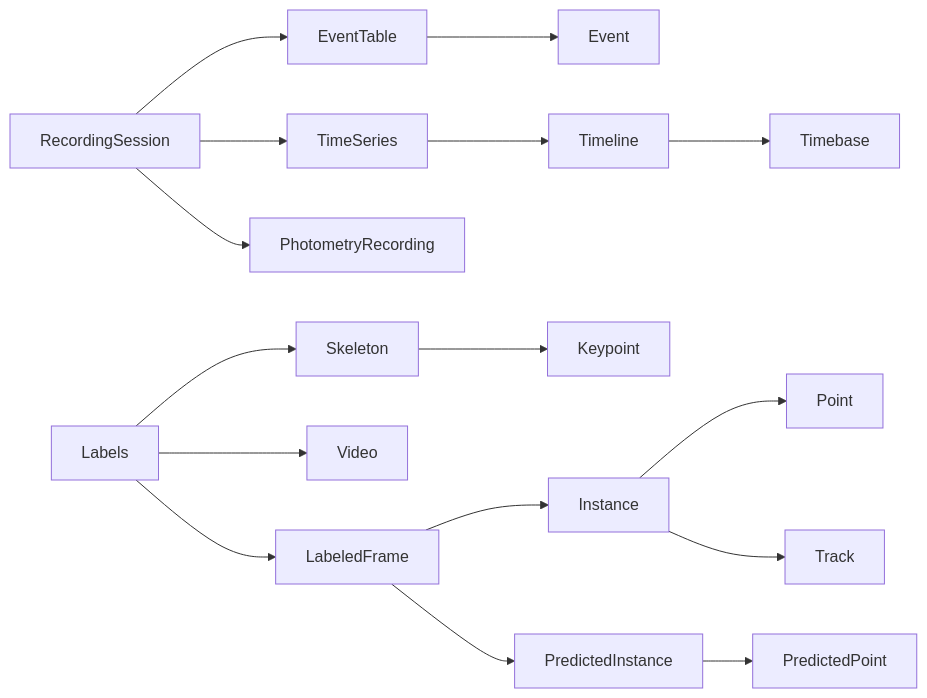
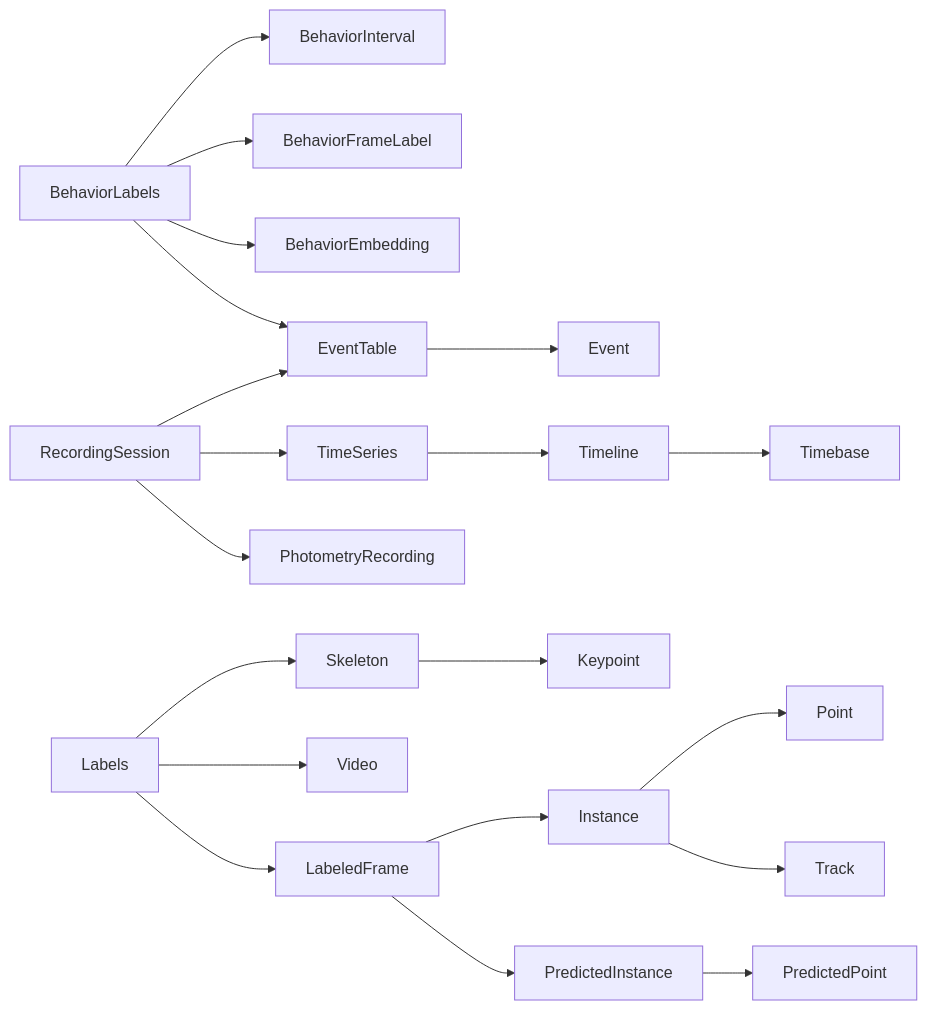
Before and after one commit to Alfredo-Sandoval/exp-pkg: the diagram in docs/api/model.md, drawn with Mermaid. The commit also changed other lines of this file and 27 other files, not shown here.

First line of the commit message:
feat: add behavior labels and harden package gates

````diff
--- a/docs/api/model.md
+++ b/docs/api/model.md
@@ -13,18 +13,22 @@
 ```mermaid
 flowchart LR
     RecordingSession --> EventTable
+    BehaviorLabels --> BehaviorInterval
+    BehaviorLabels --> BehaviorFrameLabel
+    BehaviorLabels --> BehaviorEmbedding
+    BehaviorLabels --> EventTable
     RecordingSession --> TimeSeries
     RecordingSession --> PhotometryRecording
     Labels --> Skeleton
     Labels --> Video
     Labels --> LabeledFrame
     LabeledFrame --> Instance
     LabeledFrame --> PredictedInstance
     Instance --> Point
     PredictedInstance --> PredictedPoint
     Skeleton --> Keypoint
     Instance --> Track
     EventTable --> Event
     TimeSeries --> Timeline
     Timeline --> Timebase
 ```
````
